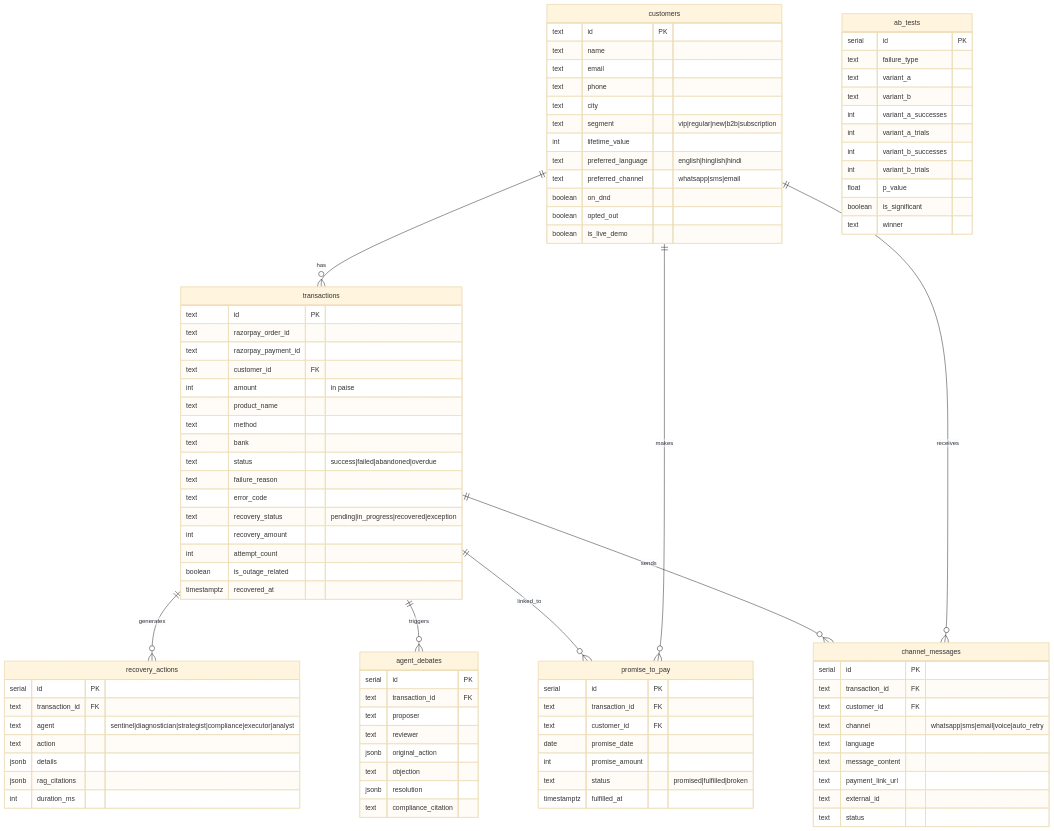
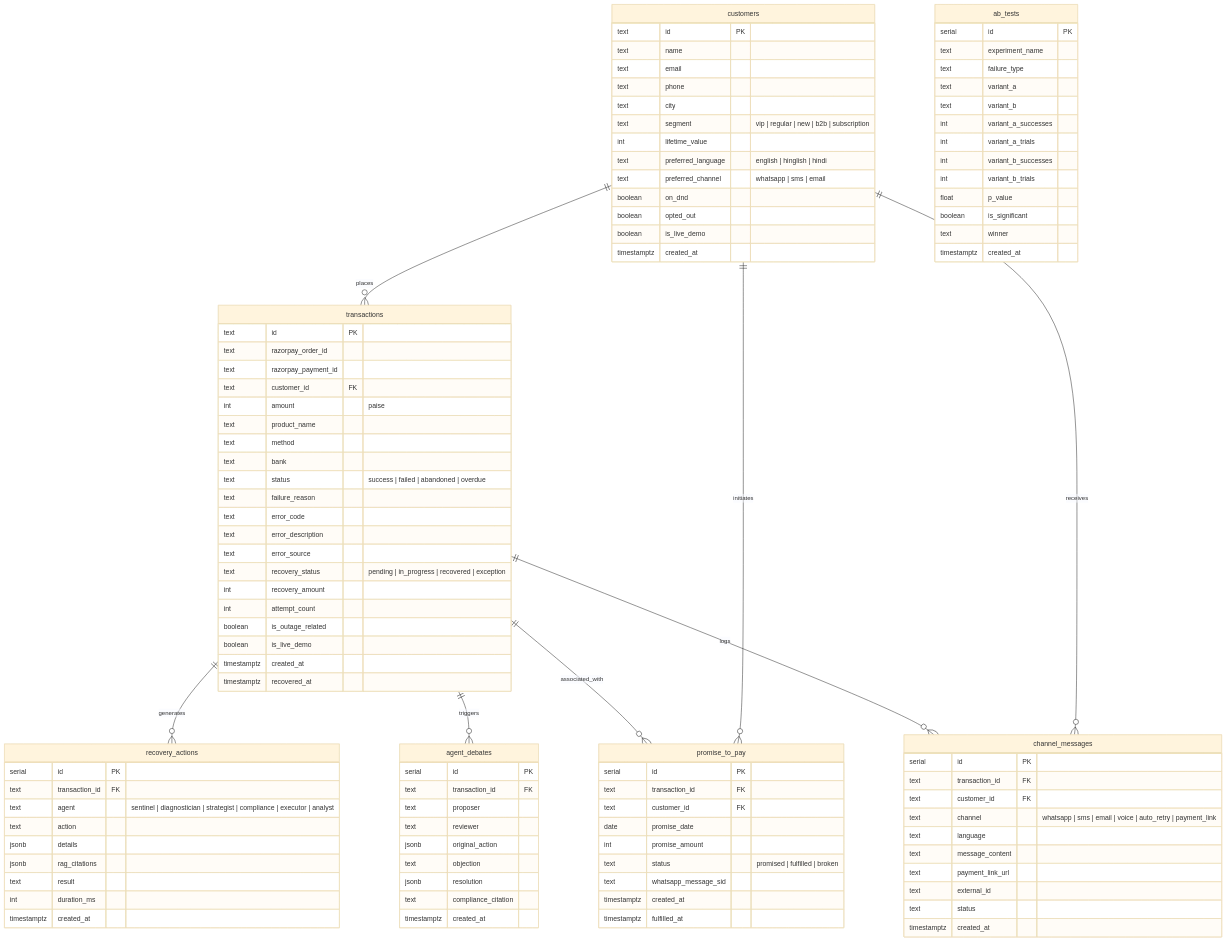
The tenth of 10 diagrams in README.md (Gagan202005/recover-ai), drawn with Mermaid (base theme) before and after one commit. The commit also changed other lines of this file, not shown here.

````diff
--- a/README.md
+++ b/README.md
@@ -644,12 +610,12 @@
 ```mermaid
 erDiagram
-    customers ||--o{ transactions : has
-    customers ||--o{ promise_to_pay : makes
+    customers ||--o{ transactions : places
+    customers ||--o{ promise_to_pay : initiates
     customers ||--o{ channel_messages : receives
     transactions ||--o{ recovery_actions : generates
     transactions ||--o{ agent_debates : triggers
-    transactions ||--o{ channel_messages : sends
-    transactions ||--o{ promise_to_pay : linked_to
+    transactions ||--o{ channel_messages : logs
+    transactions ||--o{ promise_to_pay : associated_with
 
     customers {
         text id PK
@@ -657,13 +623,14 @@
         text email
         text phone
         text city
-        text segment "vip|regular|new|b2b|subscription"
+        text segment "vip | regular | new | b2b | subscription"
         int lifetime_value
-        text preferred_language "english|hinglish|hindi"
-        text preferred_channel "whatsapp|sms|email"
+        text preferred_language "english | hinglish | hindi"
+        text preferred_channel "whatsapp | sms | email"
         boolean on_dnd
         boolean opted_out
         boolean is_live_demo
+        timestamptz created_at
     }
 
     transactions {
@@ -671,28 +638,34 @@
         text razorpay_order_id
         text razorpay_payment_id
         text customer_id FK
-        int amount "in paise"
+        int amount "paise"
         text product_name
         text method
         text bank
-        text status "success|failed|abandoned|overdue"
+        text status "success | failed | abandoned | overdue"
         text failure_reason
         text error_code
-        text recovery_status "pending|in_progress|recovered|exception"
+        text error_description
+        text error_source
+        text recovery_status "pending | in_progress | recovered | exception"
         int recovery_amount
         int attempt_count
         boolean is_outage_related
+        boolean is_live_demo
+        timestamptz created_at
         timestamptz recovered_at
     }
 
     recovery_actions {
         serial id PK
         text transaction_id FK
-        text agent "sentinel|diagnostician|strategist|compliance|executor|analyst"
+        text agent "sentinel | diagnostician | strategist | compliance | executor | analyst"
         text action
         jsonb details
         jsonb rag_citations
+        text result
         int duration_ms
+        timestamptz created_at
     }
 
     agent_debates {
@@ -704,6 +677,7 @@
         text objection
         jsonb resolution
         text compliance_citation
+        timestamptz created_at
     }
 
     promise_to_pay {
@@ -712,7 +686,9 @@
         text customer_id FK
         date promise_date
         int promise_amount
-        text status "promised|fulfilled|broken"
+        text status "promised | fulfilled | broken"
+        text whatsapp_message_sid
+        timestamptz created_at
         timestamptz fulfilled_at
     }
 
@@ -720,16 +696,18 @@
         serial id PK
         text transaction_id FK
         text customer_id FK
-        text channel "whatsapp|sms|email|voice|auto_retry"
+        text channel "whatsapp | sms | email | voice | auto_retry | payment_link"
         text language
         text message_content
         text payment_link_url
         text external_id
         text status
+        timestamptz created_at
     }
 
     ab_tests {
         serial id PK
+        text experiment_name
         text failure_type
         text variant_a
         text variant_b
@@ -740,5 +718,6 @@
         float p_value
         boolean is_significant
         text winner
+        timestamptz created_at
     }
 ```
````
